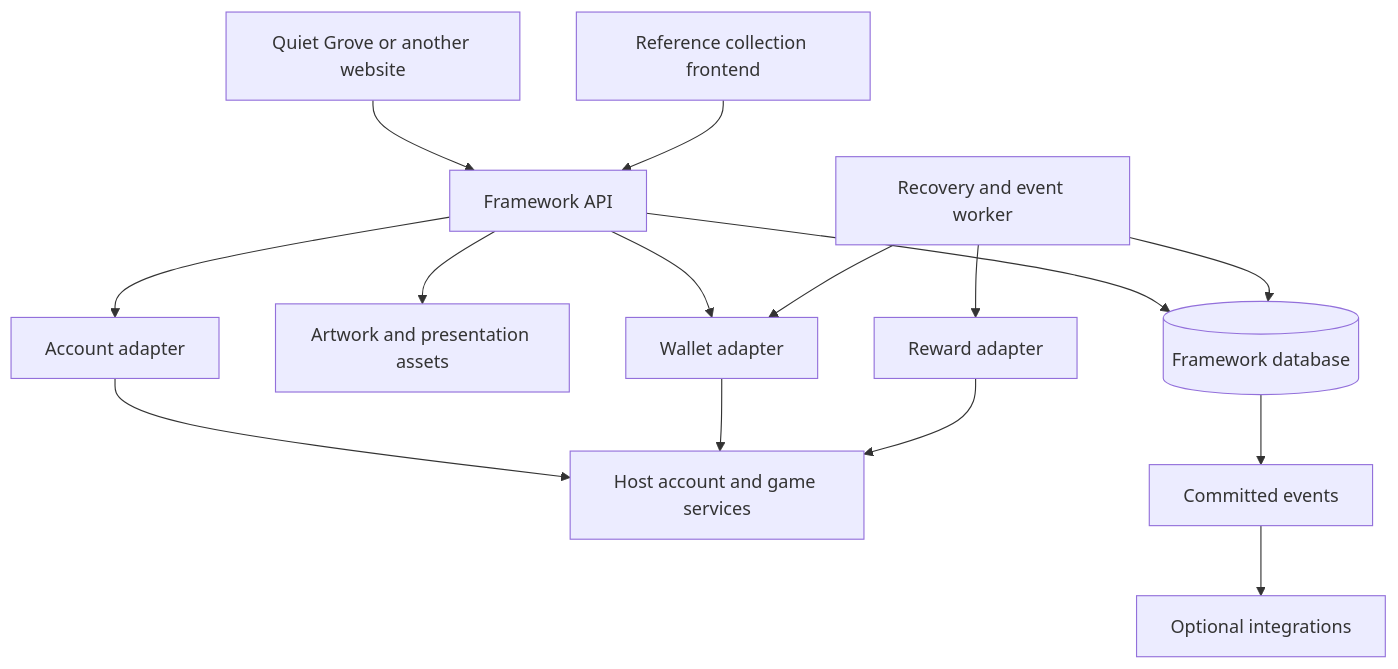
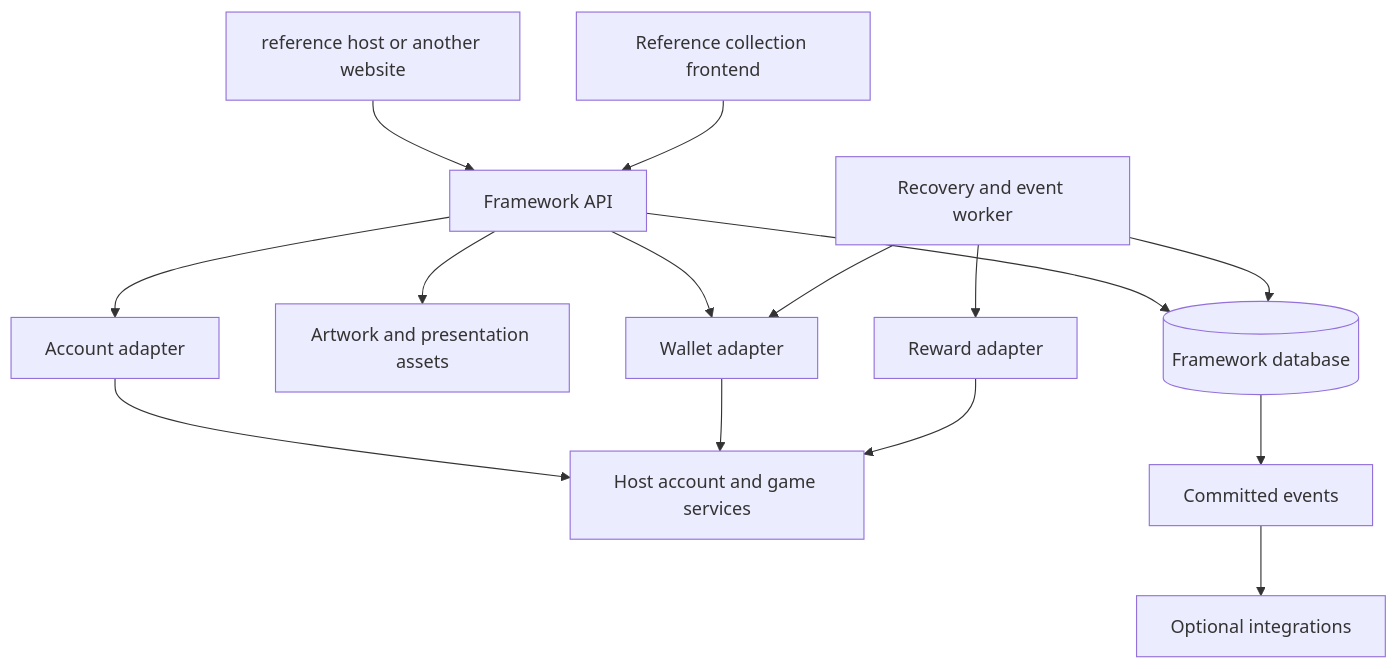
The diagram in docs/proposal/specification.md (zkkng/DigitalCardFramework), drawn with Mermaid before and after one commit. The commit also changed other lines of this file and 11 other files, not shown here.

Commit message:
Remove named host assumptions from framework documentation

````diff
--- a/docs/proposal/specification.md
+++ b/docs/proposal/specification.md
@@ -116,17 +116,17 @@
 ```mermaid
 flowchart TD
-  Site[Quiet Grove or another website] --> API[Framework API]
+  Site[reference host or another website] --> API[Framework API]
   UI[Reference collection frontend] --> API
   API --> DB[(Framework database)]
   API --> Assets[Artwork and presentation assets]
   API --> Identity[Account adapter]
   API --> Wallet[Wallet adapter]
   Worker[Recovery and event worker] --> DB
   Worker --> Wallet
   Worker --> Delivery[Reward adapter]
   Identity --> Host[Host account and game services]
   Wallet --> Host
   Delivery --> Host
   DB --> Events[Committed events]
   Events --> Plugins[Optional integrations]
 ```
````
